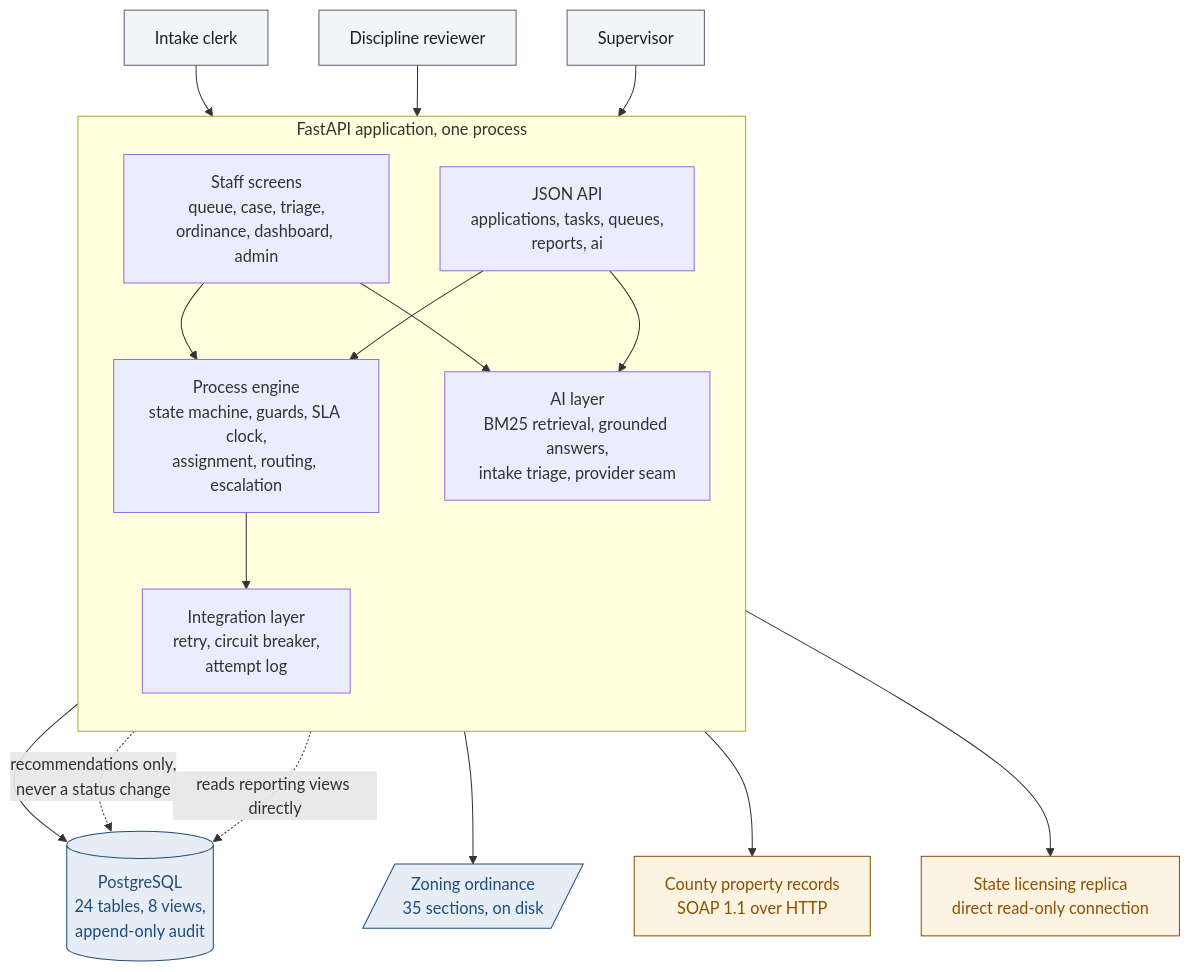
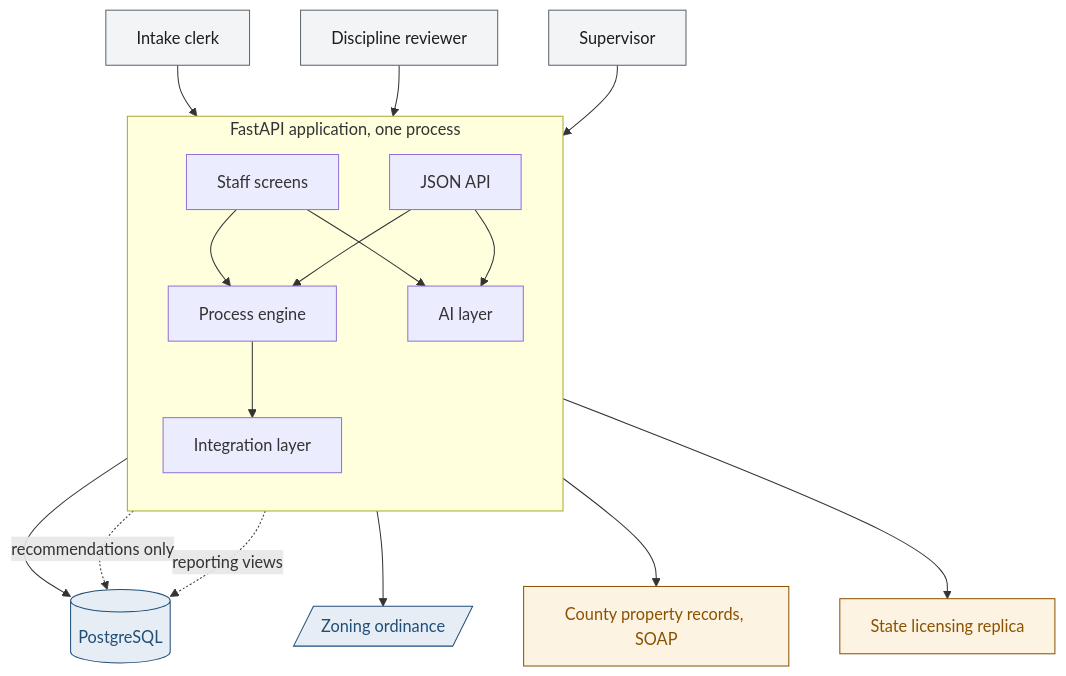
One commit to hworku24/permit-review-workflow changed the first of 2 diagrams in README.md. Above: the diagram before and after it, drawn with Mermaid. The commit also changed other lines of this file and 1 other file, not shown here.

Commit message:
Short labels in the diagrams, detail in a table beside them
GitHub's Mermaid strips <br/> out of node labels rather than rendering it, so
'Staff screens' and its contents ran together into 'Staff screensqueue, case'. The
labels are one short line each now and what was crammed into them is a table next
to the diagram, which is where that detail belonged anyway. A diagram whose boxes
contain paragraphs is doing the prose's job badly.

````diff
--- a/README.md
+++ b/README.md
@@ -159,42 +159,42 @@
 ```mermaid
 flowchart TB
     clerk["Intake clerk"]
     reviewer["Discipline reviewer"]
     supervisor["Supervisor"]
 
     subgraph app["FastAPI application, one process"]
         direction TB
-        ui["Staff screens<br/>queue, case, triage,<br/>ordinance, dashboard, admin"]
-        api["JSON API<br/>applications, tasks, queues,<br/>reports, ai"]
-        engine["Process engine<br/>state machine, guards, SLA clock,<br/>assignment, routing, escalation"]
-        ai["AI layer<br/>BM25 retrieval, grounded answers,<br/>intake triage, provider seam"]
-        integ["Integration layer<br/>retry, circuit breaker,<br/>attempt log"]
+        ui["Staff screens"]
+        api["JSON API"]
+        engine["Process engine"]
+        ai["AI layer"]
+        integ["Integration layer"]
     end
 
-    db[("PostgreSQL<br/>24 tables, 8 views,<br/>append-only audit")]
-    corpus[/"Zoning ordinance<br/>35 sections, on disk"/]
-    county["County property records<br/>SOAP 1.1 over HTTP"]
-    state["State licensing replica<br/>direct read-only connection"]
+    db[("PostgreSQL")]
+    corpus[/"Zoning ordinance"/]
+    county["County property records, SOAP"]
+    licensing["State licensing replica"]
 
     clerk --> ui
     reviewer --> ui
     supervisor --> ui
     ui --> engine
     api --> engine
     ui --> ai
     api --> ai
     engine --> db
     engine --> integ
     ai --> corpus
-    ai -. "recommendations only,<br/>never a status change" .-> db
+    ai -. "recommendations only" .-> db
     integ --> county
-    integ --> state
-    ui -. "reads reporting views directly" .-> db
+    integ --> licensing
+    ui -. "reporting views" .-> db
 
     classDef person fill:#f2f4f6,stroke:#5c6470,color:#1a1d21
     classDef external fill:#fdf3e3,stroke:#8a5200,color:#8a5200
     classDef store fill:#e7edf4,stroke:#1f4e79,color:#1f4e79
     class clerk,reviewer,supervisor person
-    class county,state external
+    class county,licensing external
     class db,corpus store
 ```
````
